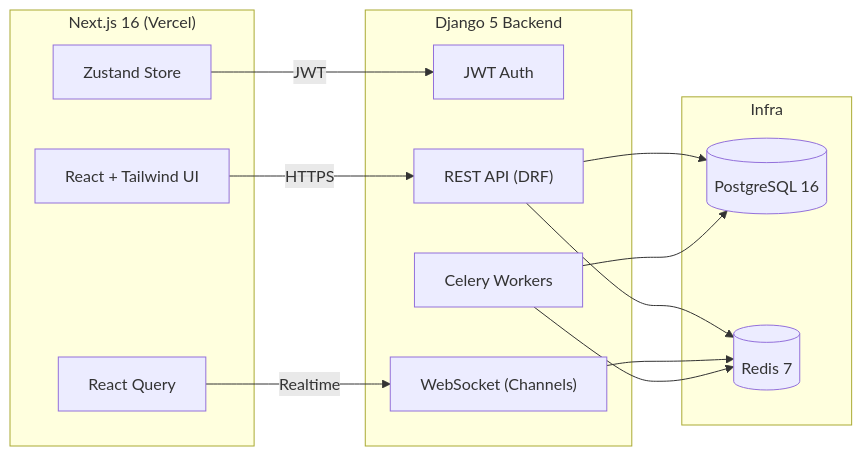
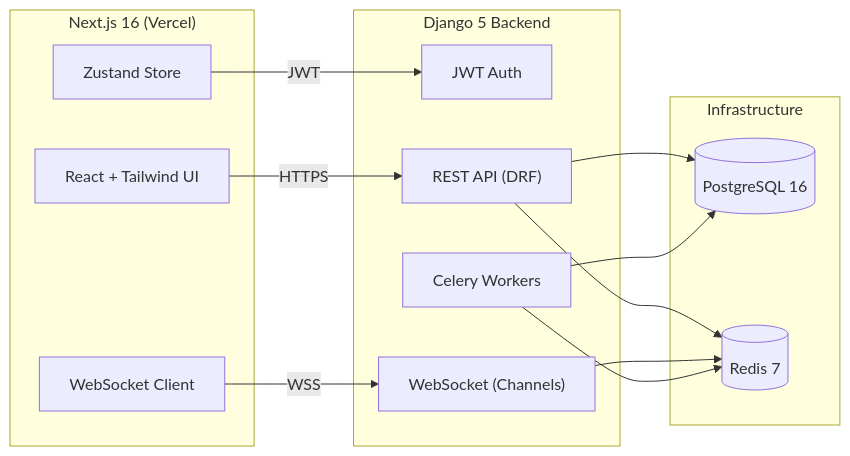
One commit to KAPSULA1/relaydesk changed the diagram in README.md. Above: the diagram before and after it, drawn with Mermaid.

````diff
--- a/README.md
+++ b/README.md
@@ -28,29 +28,29 @@
 ```mermaid
 flowchart LR
   subgraph Browser["Next.js 16 (Vercel)"]
     UI["React + Tailwind UI"]
+    WS["WebSocket Client"]
     State["Zustand Store"]
-    Query["React Query"]
   end
 
   subgraph API["Django 5 Backend"]
     Auth["JWT Auth"]
     Rest["REST API (DRF)"]
     Socket["WebSocket (Channels)"]
     Tasks["Celery Workers"]
   end
 
-  subgraph Infra["Infra"]
+  subgraph Infra["Infrastructure"]
     DB[(PostgreSQL 16)]
     Cache[(Redis 7)]
   end
 
   UI -->|HTTPS| Rest
+  WS -->|WSS| Socket
   State -->|JWT| Auth
-  Query -->|Realtime| Socket
   Rest --> DB
   Rest --> Cache
   Socket --> Cache
   Tasks --> Cache
   Tasks --> DB
 ```
````
